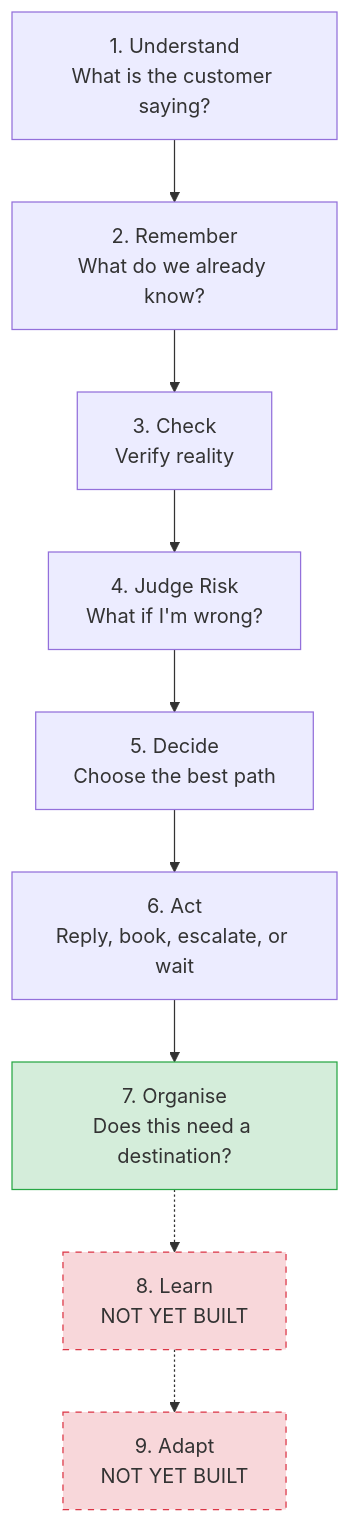
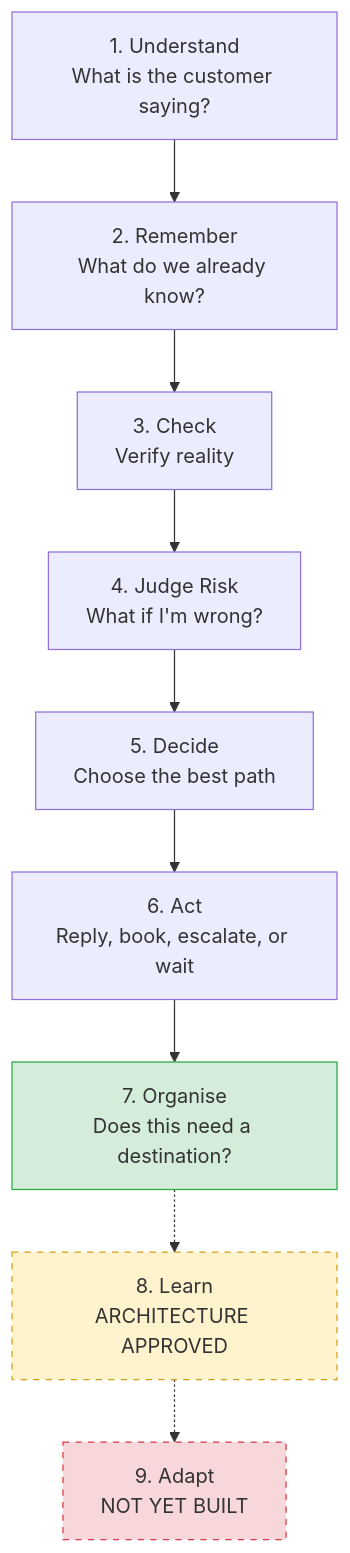
The first of 2 diagrams in DOCS/CONSTITUTION/10-ReplyFlow-Brain-Architecture.md (rumen32215/replyflow-production), drawn with Mermaid before and after one commit. The commit also changed other lines of this file and 3 other files, not shown here.

First line of the commit message:
Promote the Learning Memory architecture to a permanent Constitution document

````diff
--- a/DOCS/CONSTITUTION/10-ReplyFlow-Brain-Architecture.md
+++ b/DOCS/CONSTITUTION/10-ReplyFlow-Brain-Architecture.md
@@ -15,15 +15,15 @@
 ```mermaid
 flowchart TD
     A["1. Understand<br/>What is the customer saying?"] --> B["2. Remember<br/>What do we already know?"]
     B --> C["3. Check<br/>Verify reality"]
     C --> D["4. Judge Risk<br/>What if I'm wrong?"]
     D --> E["5. Decide<br/>Choose the best path"]
     E --> F["6. Act<br/>Reply, book, escalate, or wait"]
     F --> G["7. Organise<br/>Does this need a destination?"]
-    G -.-> H["8. Learn<br/>NOT YET BUILT"]
+    G -.-> H["8. Learn<br/>ARCHITECTURE APPROVED"]
     H -.-> I["9. Adapt<br/>NOT YET BUILT"]
 
     style G fill:#d4edda,stroke:#28a745
-    style H fill:#f8d7da,stroke:#dc3545,stroke-dasharray: 5 5
+    style H fill:#fff3cd,stroke:#d4a017,stroke-dasharray: 5 5
     style I fill:#f8d7da,stroke:#dc3545,stroke-dasharray: 5 5
 ```
````
